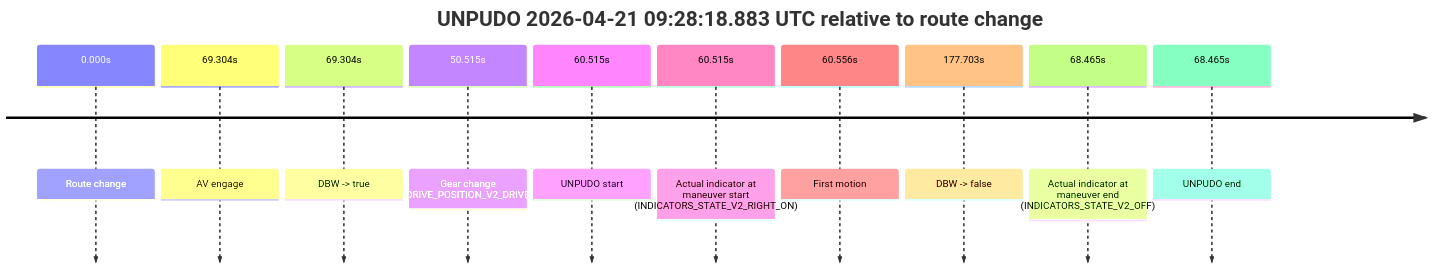
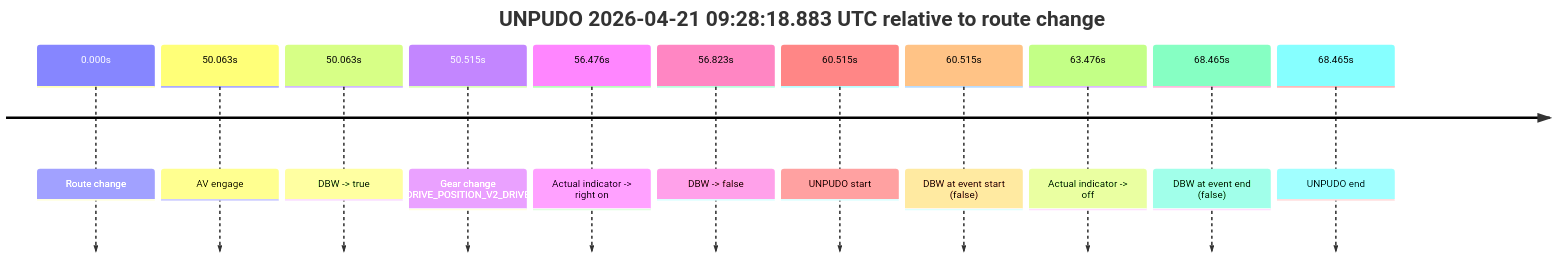
The sixth of 10 diagrams in model_analysis/report_cards/2026/04/Week-4/fme20038--2026-04-21--08-28-49--gen2-av-39637566-e5c2-44a6-87cc-8c6b8aafa0bd.md (yoelshapiro/vault), drawn with Mermaid before and after one commit. The commit also changed other lines of this file and 85 other files, not shown here.

````diff
--- a/model_analysis/report_cards/2026/04/Week-4/fme20038--2026-04-21--08-28-49--gen2-av-39637566-e5c2-44a6-87cc-8c6b8aafa0bd.md
+++ b/model_analysis/report_cards/2026/04/Week-4/fme20038--2026-04-21--08-28-49--gen2-av-39637566-e5c2-44a6-87cc-8c6b8aafa0bd.md
@@ -461,14 +511,15 @@
 ```mermaid
 timeline
     title UNPUDO 2026-04-21 09:28:18.883 UTC relative to route change
     0.000s : Route change
-    69.304s : AV engage
-    69.304s : DBW -> true
+    50.063s : AV engage
+    50.063s : DBW -> true
     50.515s : Gear change (DRIVE_POSITION_V2_DRIVE)
+    56.476s : Actual indicator -> right on
+    56.823s : DBW -> false
     60.515s : UNPUDO start
-    60.515s : Actual indicator at maneuver start (INDICATORS_STATE_V2_RIGHT_ON)
-    60.556s : First motion
-    177.703s : DBW -> false
-    68.465s : Actual indicator at maneuver end (INDICATORS_STATE_V2_OFF)
+    60.515s : DBW at event start (false)
+    63.476s : Actual indicator -> off
+    68.465s : DBW at event end (false)
     68.465s : UNPUDO end
 ```
````
